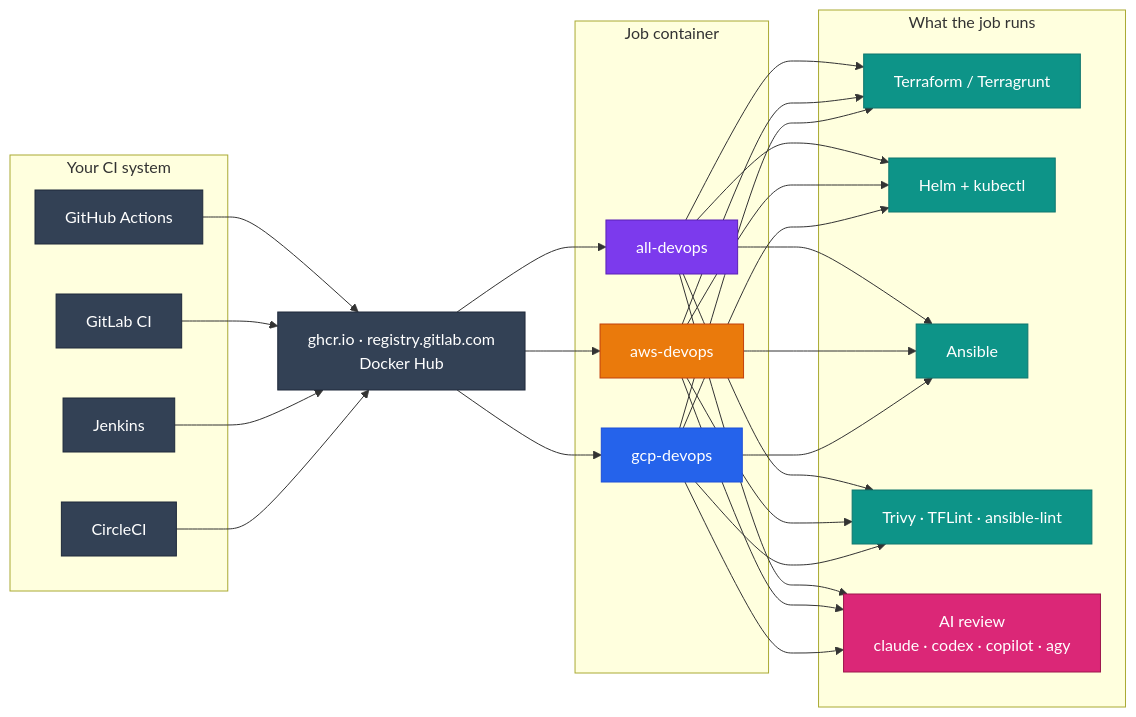
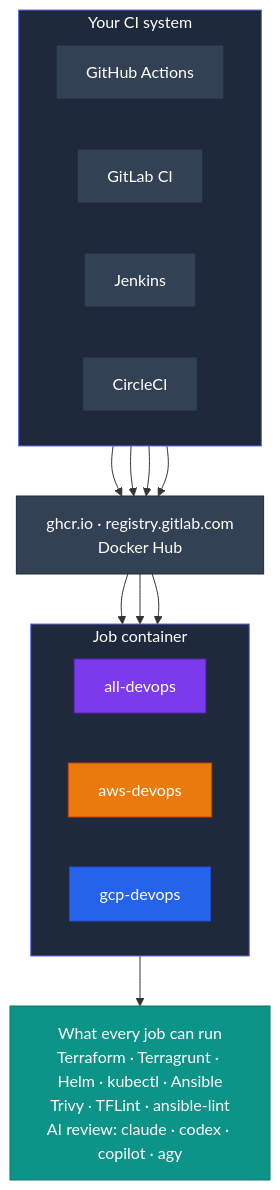
One commit to jinalshah/devops-images changed the diagram in docs/workflows/index.md. Above: the diagram before and after it, drawn with Mermaid. The commit also changed 6 other files, not shown here.

First line of the commit message:
Finish docs accuracy and visual pass; make diagrams readable

````diff
--- a/docs/workflows/index.md
+++ b/docs/workflows/index.md
@@ -7,38 +7,35 @@
 ```mermaid
-flowchart LR
+flowchart TB
   subgraph CI["Your CI system"]
+    direction LR
     GHA["GitHub Actions"]
     GLC["GitLab CI"]
     JNK["Jenkins"]
     CCI["CircleCI"]
   end
   REG["ghcr.io · registry.gitlab.com<br/>Docker Hub"]
   subgraph IMG["Job container"]
+    direction LR
     ALL["all-devops"]
     AWS["aws-devops"]
     GCP["gcp-devops"]
   end
-  subgraph JOBS["What the job runs"]
-    TF["Terraform / Terragrunt"]
-    K8S["Helm + kubectl"]
-    ANS["Ansible"]
-    SEC["Trivy · TFLint · ansible-lint"]
-    AI["AI review<br/>claude · codex · copilot · agy"]
-  end
+  JOBS["What every job can run<br/>Terraform · Terragrunt · Helm · kubectl · Ansible<br/>Trivy · TFLint · ansible-lint<br/>AI review: claude · codex · copilot · agy"]
   GHA & GLC & JNK & CCI --> REG
   REG --> ALL & AWS & GCP
-  ALL & AWS & GCP --> TF & K8S & ANS & SEC & AI
+  IMG --> JOBS
 
   classDef all fill:#7c3aed,stroke:#5b21b6,color:#fff
   classDef aws fill:#ea7a0c,stroke:#c2410c,color:#fff
   classDef gcp fill:#2563eb,stroke:#1d4ed8,color:#fff
   classDef base fill:#0d9488,stroke:#0f766e,color:#fff
   classDef ai fill:#db2777,stroke:#9d174d,color:#fff
   classDef neutral fill:#334155,stroke:#1e293b,color:#fff
   class GHA,GLC,JNK,CCI,REG neutral
   class ALL all
   class AWS aws
   class GCP gcp
-  class TF,K8S,ANS,SEC base
-  class AI ai
+  class JOBS base
+  style CI fill:#1e293b,stroke:#6366f1,color:#fff
+  style IMG fill:#1e293b,stroke:#6366f1,color:#fff
 ```
````
